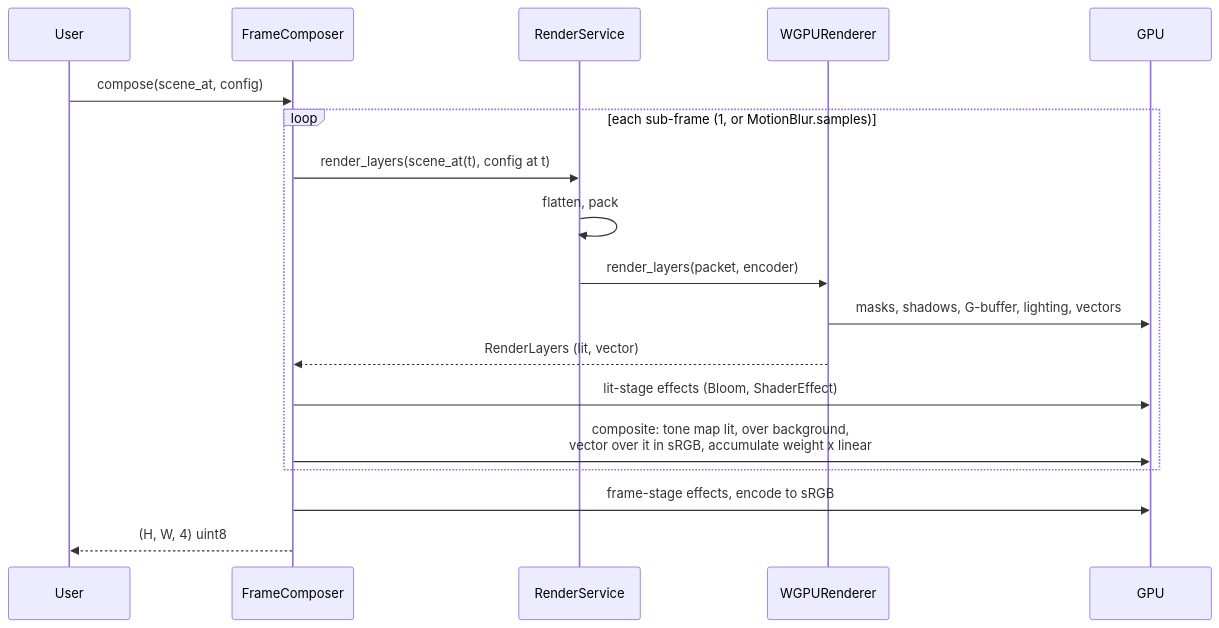
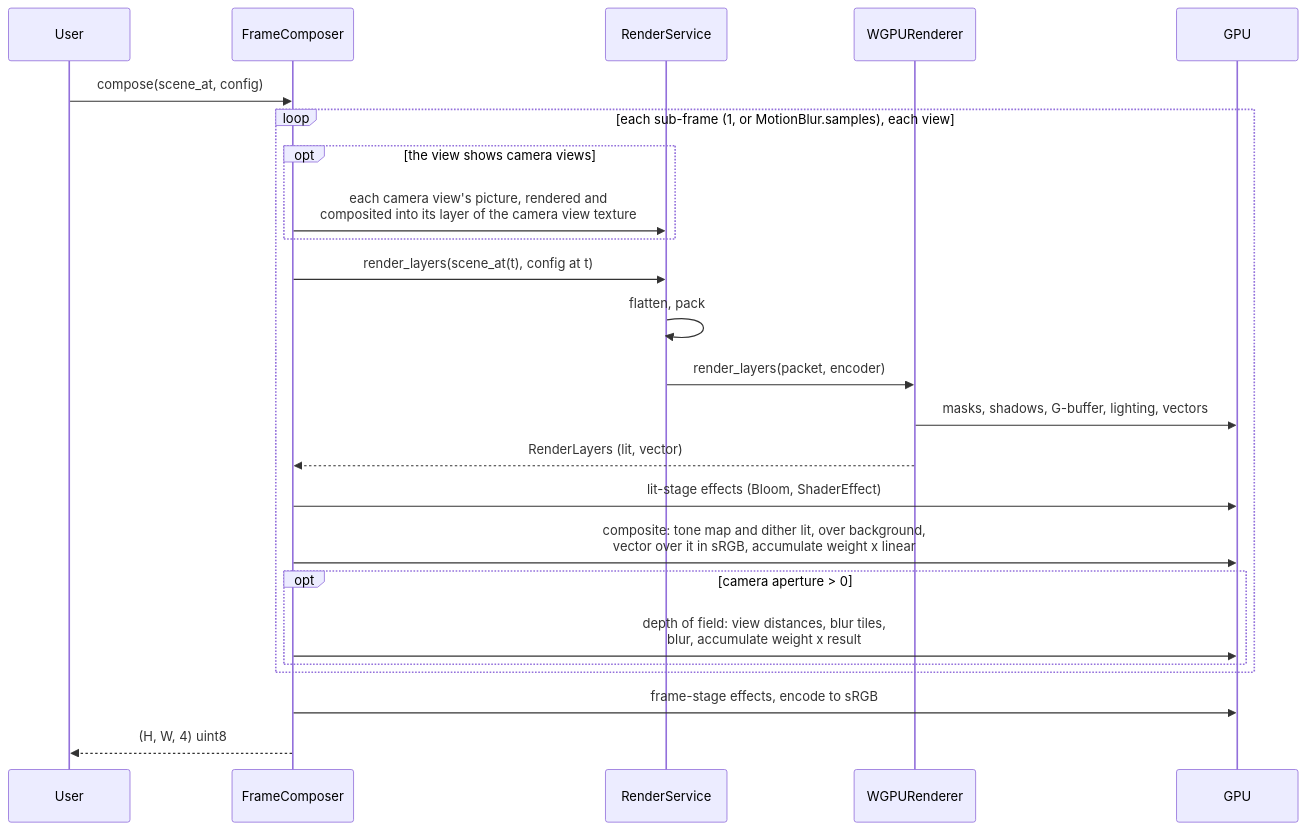
One commit to MrDiver/manim changed the fifth of 7 diagrams in manimx/manimx/renderer/README.md. Above: the diagram before and after it, drawn with Mermaid. The commit also changed other lines of this file and 14 other files, not shown here.

````diff
--- a/manimx/manimx/renderer/README.md
+++ b/manimx/manimx/renderer/README.md
@@ -297,21 +405,27 @@
 ```mermaid
 sequenceDiagram
     participant User
     participant Composer as FrameComposer
     participant Service as RenderService
     participant Renderer as WGPURenderer
     participant GPU
 
     User->>Composer: compose(scene_at, config)
-    loop each sub-frame (1, or MotionBlur.samples)
+    loop each sub-frame (1, or MotionBlur.samples), each view
+        opt the view shows camera views
+            Composer->>Service: each camera view's picture, rendered and<br/>composited into its layer of the camera view texture
+        end
         Composer->>Service: render_layers(scene_at(t), config at t)
         Service->>Service: flatten, pack
         Service->>Renderer: render_layers(packet, encoder)
         Renderer->>GPU: masks, shadows, G-buffer, lighting, vectors
         Renderer-->>Composer: RenderLayers (lit, vector)
         Composer->>GPU: lit-stage effects (Bloom, ShaderEffect)
-        Composer->>GPU: composite: tone map lit, over background,<br/>vector over it in sRGB, accumulate weight x linear
+        Composer->>GPU: composite: tone map and dither lit, over background,<br/>vector over it in sRGB, accumulate weight x linear
+        opt camera aperture > 0
+            Composer->>GPU: depth of field: view distances, blur tiles,<br/>blur, accumulate weight x result
+        end
     end
     Composer->>GPU: frame-stage effects, encode to sRGB
     Composer-->>User: (H, W, 4) uint8
 ```
````
